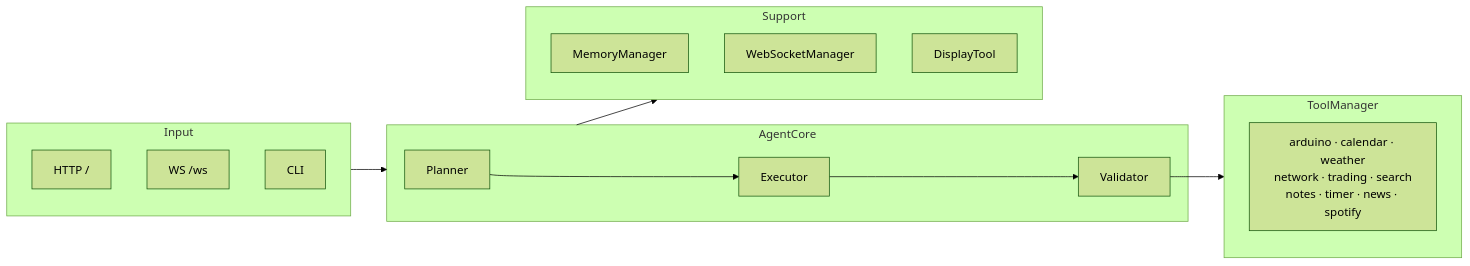
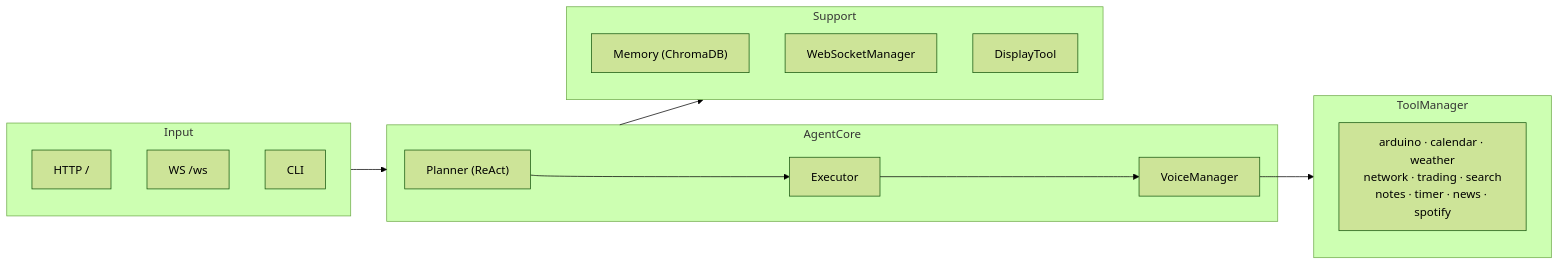
The diagram in README.md (gabrielerossoni/maya-ai-assistant), drawn with Mermaid (forest theme) before and after one commit. The commit also changed other lines of this file and 13 other files, not shown here.

Commit message:
feat: implement agentic ReAct loop, ChromaDB semantic memory, Faster-Whisper/Piper voice I/O, and proactive monitoring system.

````diff
--- a/README.md
+++ b/README.md
@@ -19,26 +19,27 @@
 ```mermaid
 flowchart LR
     subgraph IN["Input"]
         HTTP["HTTP /"]
         WS["WS /ws"]
         CLI["CLI"]
     end
- 
+
     subgraph CORE["AgentCore"]
-        P["Planner"] --> E["Executor"] --> V["Validator"]
+        P["Planner (ReAct)"] --> E["Executor"] --> V["Validator"]
     end
- 
+
     subgraph TOOLS["ToolManager"]
         T["arduino · calendar · weather\nnetwork · trading · search\nnotes · timer · news · spotify"]
     end
- 
+
     subgraph SUP["Support"]
-        M["MemoryManager"]
+        M["Memory (ChromaDB)"]
         W["WebSocketManager"]
         D["DisplayTool"]
+        V["VoiceManager"]
     end
- 
+
     IN --> CORE
     V --> TOOLS
     CORE --> SUP
 ```
````
